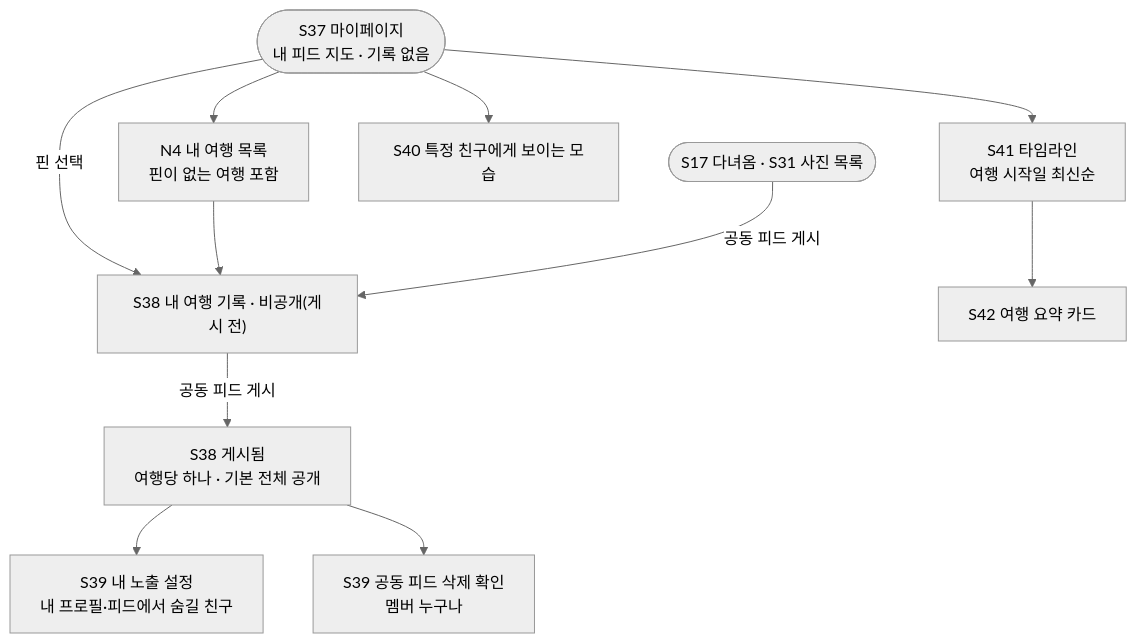
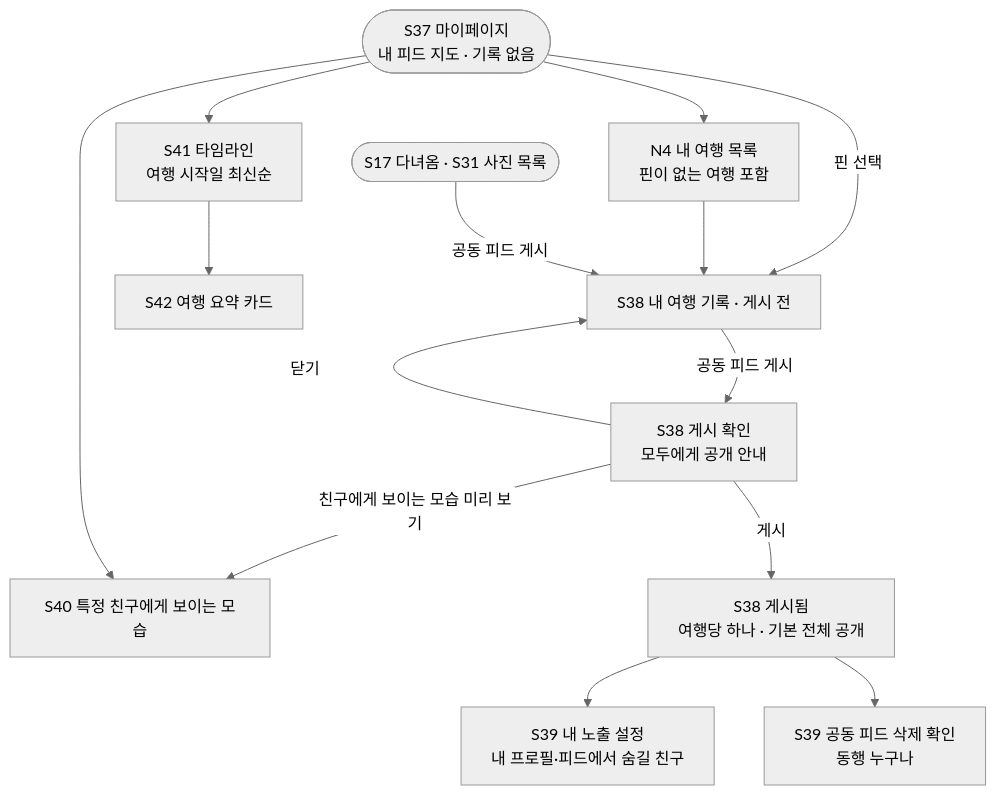
Diagram 20 of 24 in docs/flow/user-flow.md (a204-eodilog/eodilog), drawn with Mermaid (neutral theme) before and after one commit. The commit also changed other lines of this file and 1 other file, not shown here.

````diff
--- a/docs/flow/user-flow.md
+++ b/docs/flow/user-flow.md
@@ -462,11 +472,14 @@
 ```mermaid
 flowchart TD
     S37(["S37 마이페이지<br/>내 피드 지도 · 기록 없음"]) -- "핀 선택" --> S38
     S37 --> N4["N4 내 여행 목록<br/>핀이 없는 여행 포함"] --> S38
     TDS(["S17 다녀옴 · S31 사진 목록"]) -- "공동 피드 게시" --> S38
-    S38["S38 내 여행 기록 · 비공개(게시 전)"] -- "공동 피드 게시" --> PUB["S38 게시됨<br/>여행당 하나 · 기본 전체 공개"]
+    S38["S38 내 여행 기록 · 게시 전"] -- "공동 피드 게시" --> CONF["S38 게시 확인<br/>모두에게 공개 안내"]
+    CONF -- "닫기" --> S38
+    CONF -- "친구에게 보이는 모습 미리 보기" --> S40
+    CONF -- "게시" --> PUB["S38 게시됨<br/>여행당 하나 · 기본 전체 공개"]
     PUB --> S39["S39 내 노출 설정<br/>내 프로필·피드에서 숨길 친구"]
-    PUB --> DEL["S39 공동 피드 삭제 확인<br/>멤버 누구나"]
+    PUB --> DEL["S39 공동 피드 삭제 확인<br/>동행 누구나"]
     S37 --> S40["S40 특정 친구에게 보이는 모습"]
     S37 --> S41["S41 타임라인<br/>여행 시작일 최신순"] --> S42["S42 여행 요약 카드"]
 ```
````
